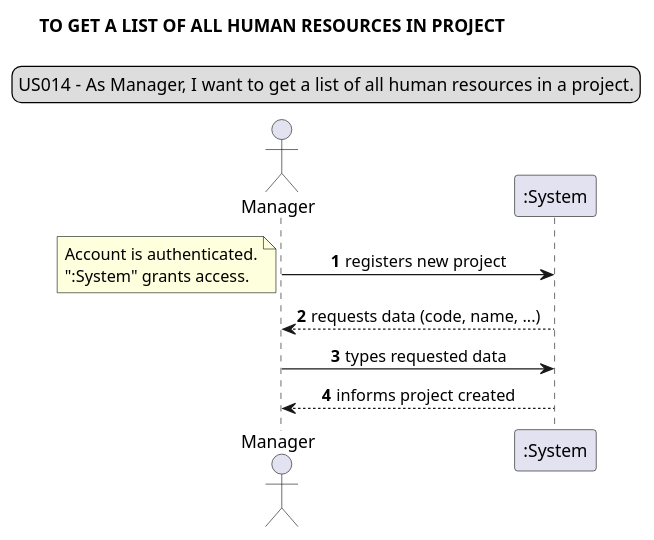
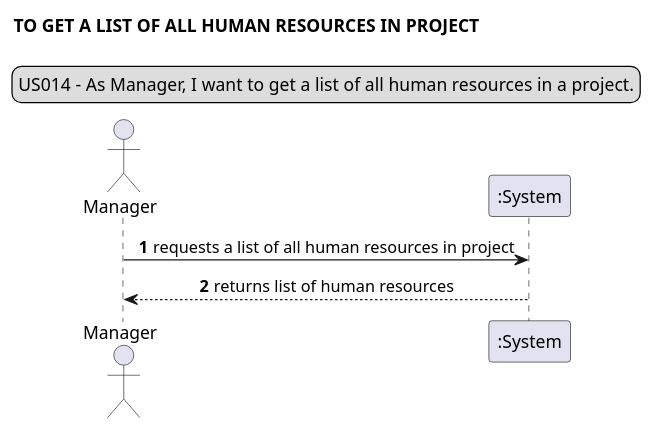
One commit to Loracline/project_switch_22-23 changed diagram 12 of 37 in docs/requirements_gathering/system_sequence_diagrams/systemSequenceDiagram.puml. Above: the diagram before and after it, drawn with PlantUML. The commit also changed other lines of this file, not shown here.

Commit message:
updated SSDs

```diff
--- a/docs/requirements_gathering/system_sequence_diagrams/systemSequenceDiagram.puml
+++ b/docs/requirements_gathering/system_sequence_diagrams/systemSequenceDiagram.puml
@@ -213,17 +213,15 @@
 @startuml
 legend top
 US014 - As Manager, I want to get a list of all human resources in a project.
 end legend
 skinparam sequenceMessageAlign center
 title TO GET A LIST OF ALL HUMAN RESOURCES IN PROJECT
 actor "Manager"
 autonumber
-"Manager" -> ":System": registers new project
 note left
 Account is authenticated.
 ":System" grants access.
 end note
-"Manager" <-- ":System": requests data (code, name, ...)
-"Manager" -> ":System":  types requested data
-"Manager" <-- ":System": informs project created
+"Manager" -> ":System": requests a list of all human resources in project
+"Manager" <-- ":System": returns list of human resources
 @enduml
```
